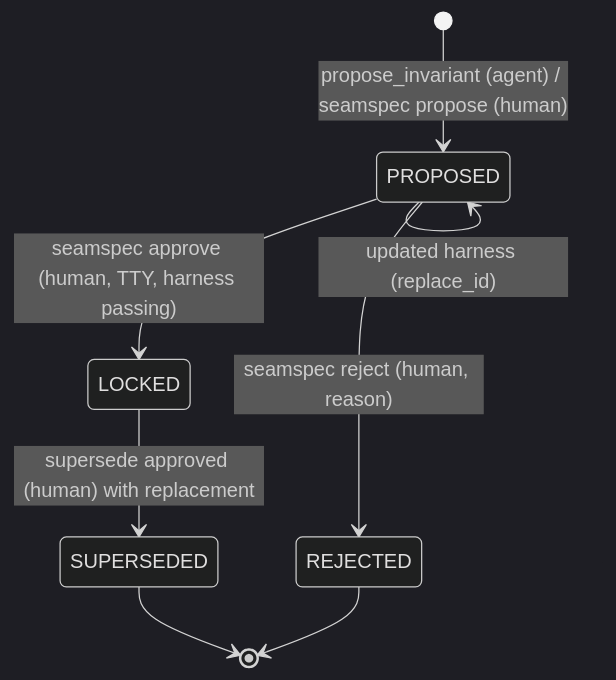
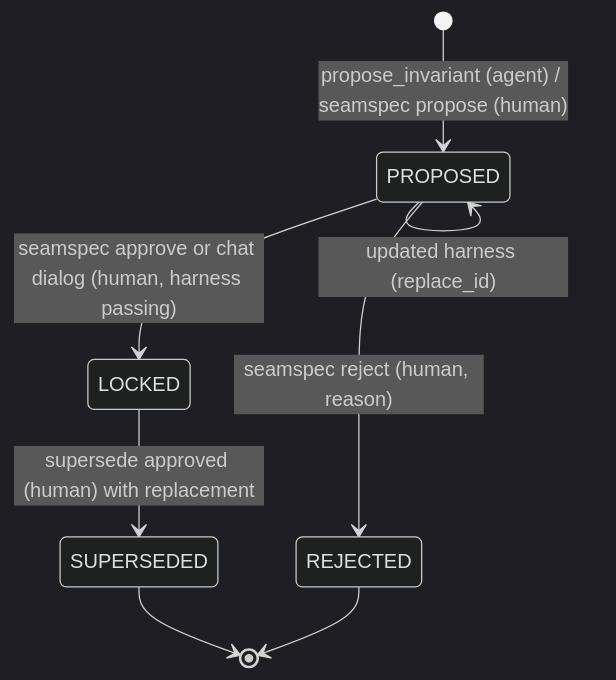
The third of 4 diagrams in docs/SPEC.md (seamspec/seamspec), drawn with Mermaid (dark theme) before and after one commit. The commit also changed other lines of this file and 34 other files, not shown here.

````diff
--- a/docs/SPEC.md
+++ b/docs/SPEC.md
@@ -733,10 +739,10 @@
 ```mermaid
 stateDiagram-v2
     [*] --> PROPOSED: propose_invariant (agent) / seamspec propose (human)
     PROPOSED --> PROPOSED: updated harness (replace_id)
-    PROPOSED --> LOCKED: seamspec approve (human, TTY, harness passing)
+    PROPOSED --> LOCKED: seamspec approve or chat dialog (human, harness passing)
     PROPOSED --> REJECTED: seamspec reject (human, reason)
     LOCKED --> SUPERSEDED: supersede approved (human) with replacement
     SUPERSEDED --> [*]
     REJECTED --> [*]
 ```
````
